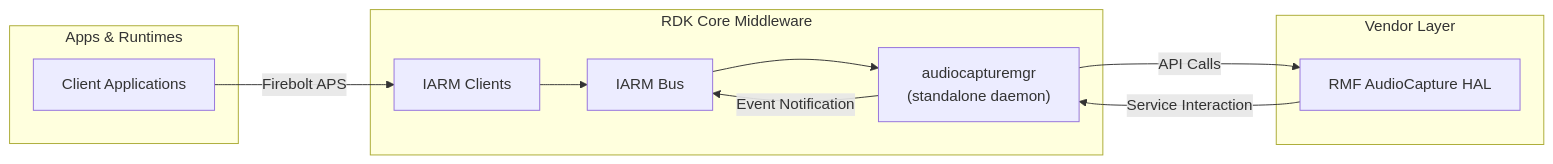
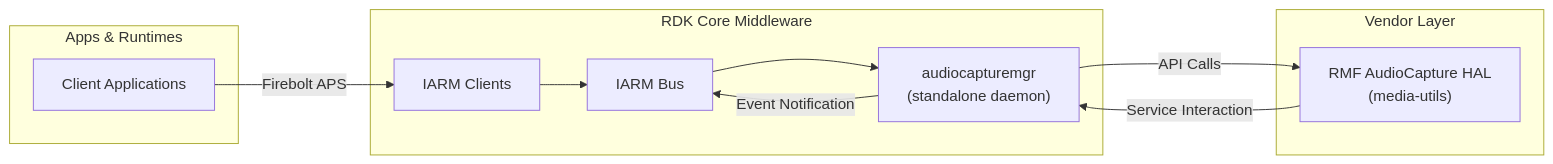
One commit to rns21/RDK_Documentation changed the first of 7 diagrams in docs/docu/RDKV-Documentations/audiocapturemgr.md. Above: the diagram before and after it, drawn with Mermaid. The commit also changed other lines of this file, not shown here.

````diff
--- a/docs/docu/RDKV-Documentations/audiocapturemgr.md
+++ b/docs/docu/RDKV-Documentations/audiocapturemgr.md
@@ -9,28 +9,28 @@
 ```mermaid
 flowchart LR
 
 classDef Apps  stroke:#00B9F1,fill:#E6F7FD,stroke-width:2px;
 classDef RDKMW stroke:#75D701,fill:#F1FFE6,stroke-width:2px;
 classDef VL stroke:#808080,fill:#F2F2F2,stroke-width:2px;
 
 subgraph Apps["Apps & Runtimes"]
     ClientApps["Client Applications"]
 end
 
 subgraph RDKMW["RDK Core Middleware"]
     IARMClients["IARM Clients"]
     ACM["audiocapturemgr\n(standalone daemon)"]
     IARM["IARM Bus"]
 end
 
 subgraph VL["Vendor Layer"]
-    RMF["RMF AudioCapture HAL"]
+    RMF["RMF AudioCapture HAL\n(media-utils)"]
 end
 
 ClientApps -->|Firebolt APS| IARMClients
 IARMClients --> IARM
 IARM --> ACM
 ACM -->|API Calls| RMF
 RMF -->|Service Interaction| ACM
 ACM -->|Event Notification| IARM
 ```
````
